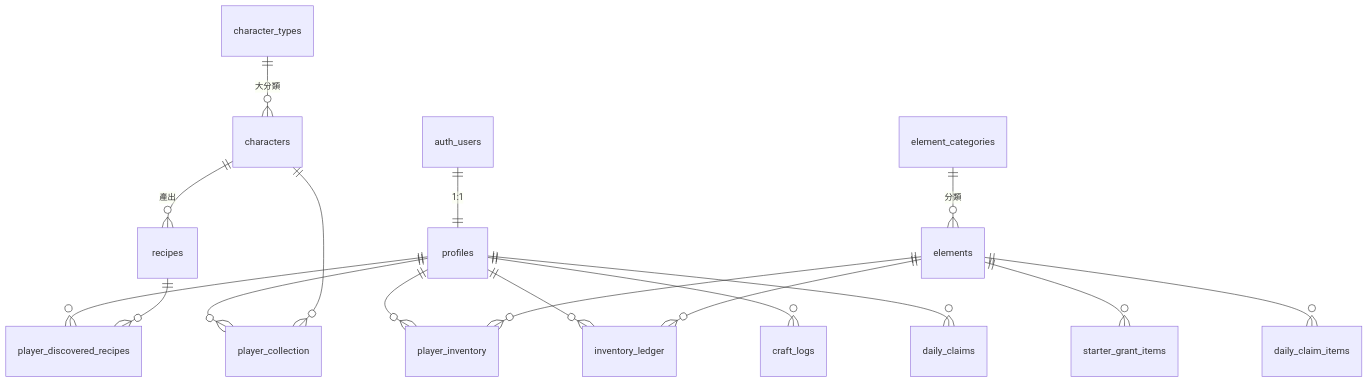
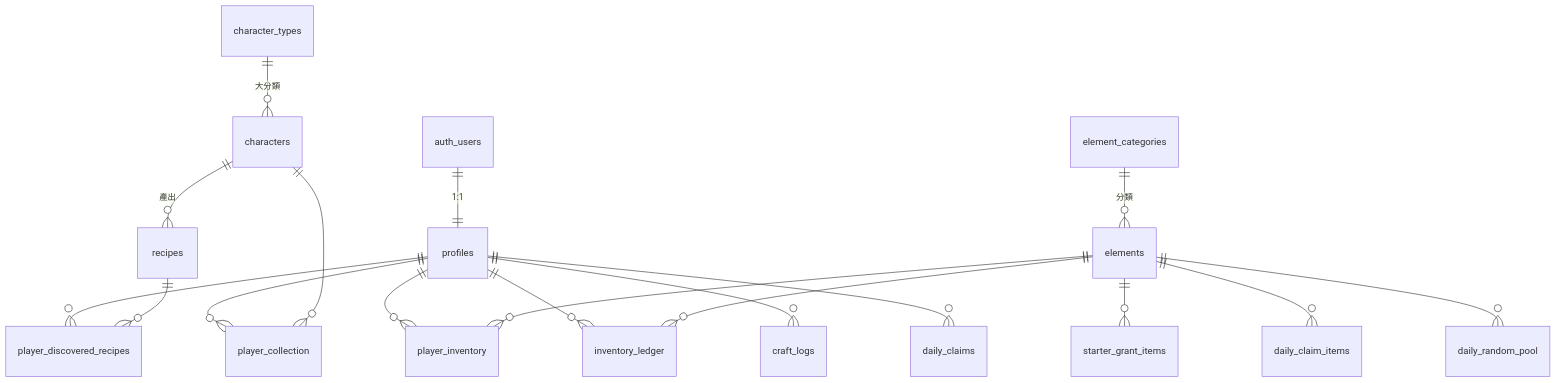
Before and after one commit to mina04081998-chen/frenchie-maker: the diagram in docs/phase0/03-database.md, drawn with Mermaid. The commit also changed other lines of this file and 5 other files, not shown here.

````diff
--- a/docs/phase0/03-database.md
+++ b/docs/phase0/03-database.md
@@ -18,21 +18,22 @@
 ```mermaid
 erDiagram
   auth_users ||--|| profiles : "1:1"
   element_categories ||--o{ elements : "分類"
   characters ||--o{ recipes : "產出"
   character_types ||--o{ characters : "大分類"
   elements ||--o{ starter_grant_items : ""
   elements ||--o{ daily_claim_items : ""
+  elements ||--o{ daily_random_pool : ""
 
   profiles ||--o{ player_inventory : ""
   elements ||--o{ player_inventory : ""
   profiles ||--o{ player_collection : ""
   characters ||--o{ player_collection : ""
   profiles ||--o{ player_discovered_recipes : ""
   recipes ||--o{ player_discovered_recipes : ""
 
   profiles ||--o{ inventory_ledger : ""
   elements ||--o{ inventory_ledger : ""
   profiles ||--o{ craft_logs : ""
   profiles ||--o{ daily_claims : ""
 ```
````
